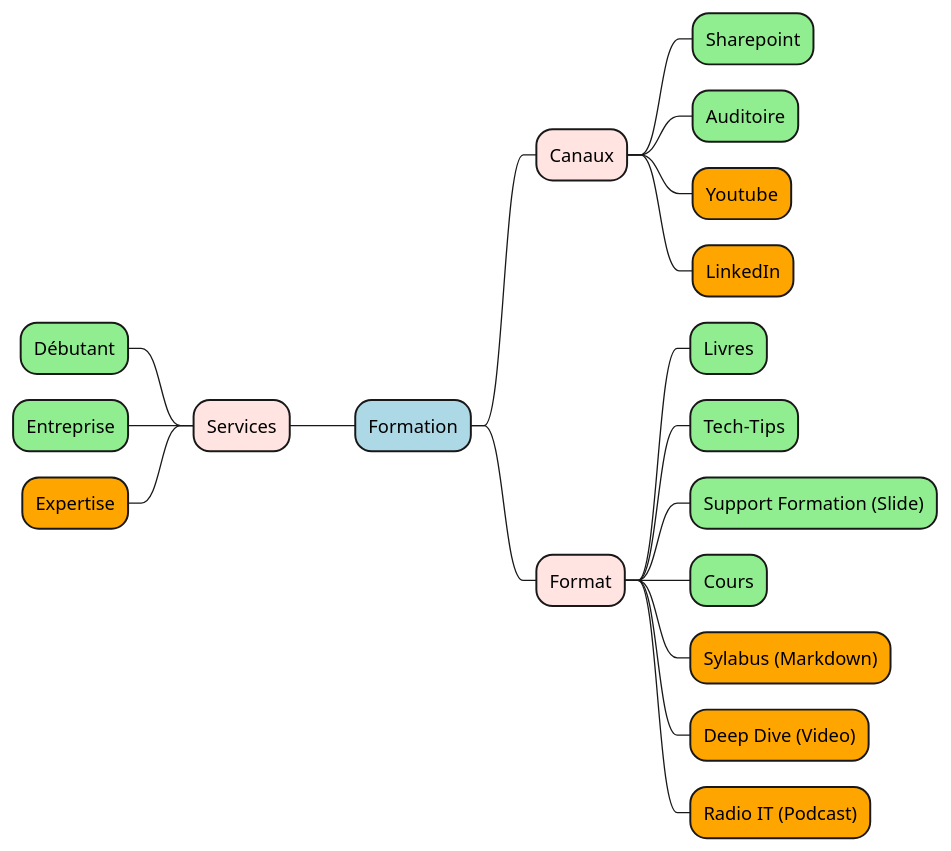
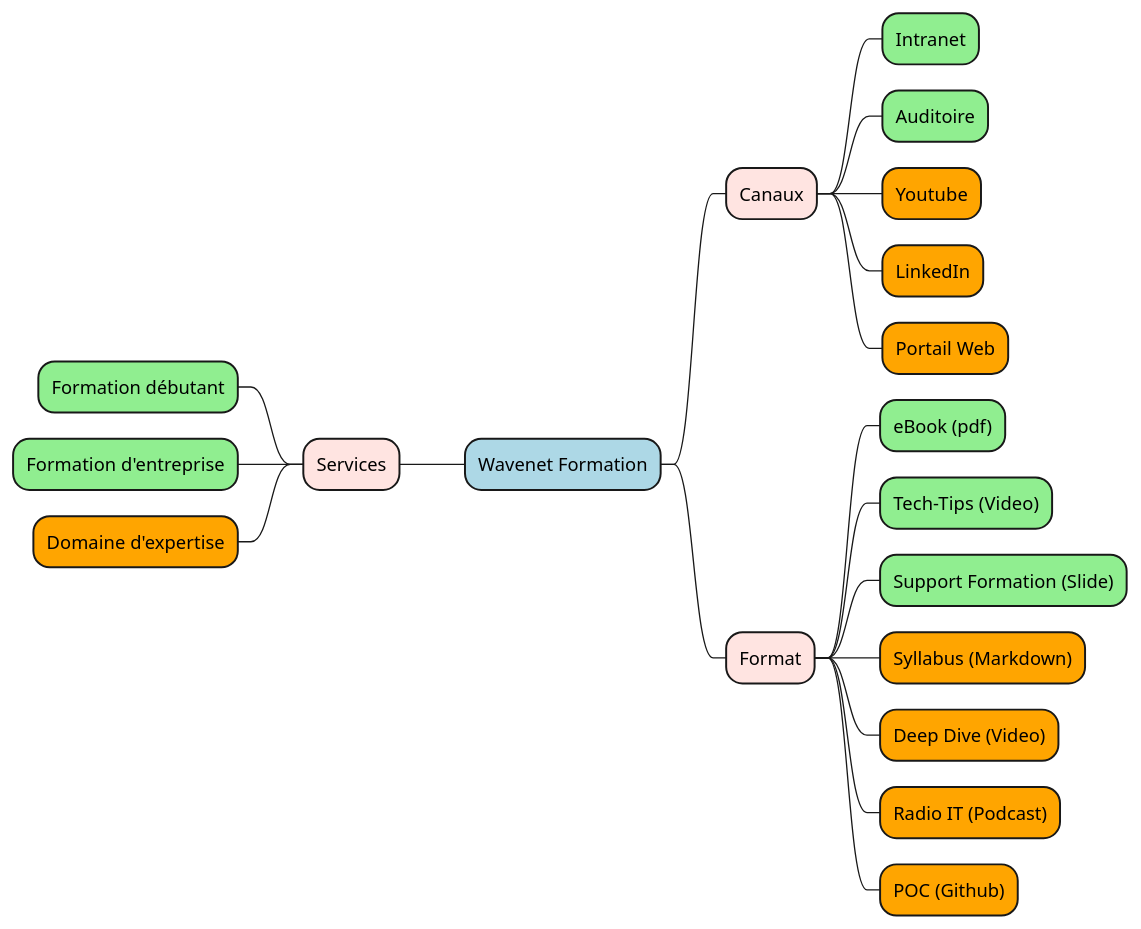
The diagram in diagram/formation.puml (diplomegalo/roadmap), drawn with PlantUML before and after one commit. The commit also changed 21 other files, not shown here.

```diff
--- a/diagram/formation.puml
+++ b/diagram/formation.puml
@@ -1,20 +1,21 @@
 @startmindmap
-*[#LightBlue] Formation
+*[#LightBlue] Wavenet Formation
 --[#MistyRose] Services
----[#Lightgreen] Débutant
----[#Lightgreen] Entreprise
----[#Orange] Expertise
+---[#Lightgreen] Formation débutant
+---[#Lightgreen] Formation d'entreprise
+---[#Orange] Domaine d'expertise
 **[#MistyRose] Canaux
-***[#Lightgreen] Sharepoint
+***[#Lightgreen] Intranet
 ***[#Lightgreen] Auditoire
 ***[#Orange] Youtube
 ***[#Orange] LinkedIn
+***[#Orange] Portail Web
 **[#MistyRose] Format
-***[#Lightgreen] Livres
-***[#Lightgreen] Tech-Tips
+***[#Lightgreen] eBook (pdf)
+***[#Lightgreen] Tech-Tips (Video)
 ***[#Lightgreen] Support Formation (Slide)
-***[#Lightgreen] Cours
-***[#Orange] Sylabus (Markdown)
+***[#Orange] Syllabus (Markdown)
 ***[#Orange] Deep Dive (Video)
 ***[#Orange] Radio IT (Podcast)
+***[#Orange] POC (Github)
 @endmindmap
```
